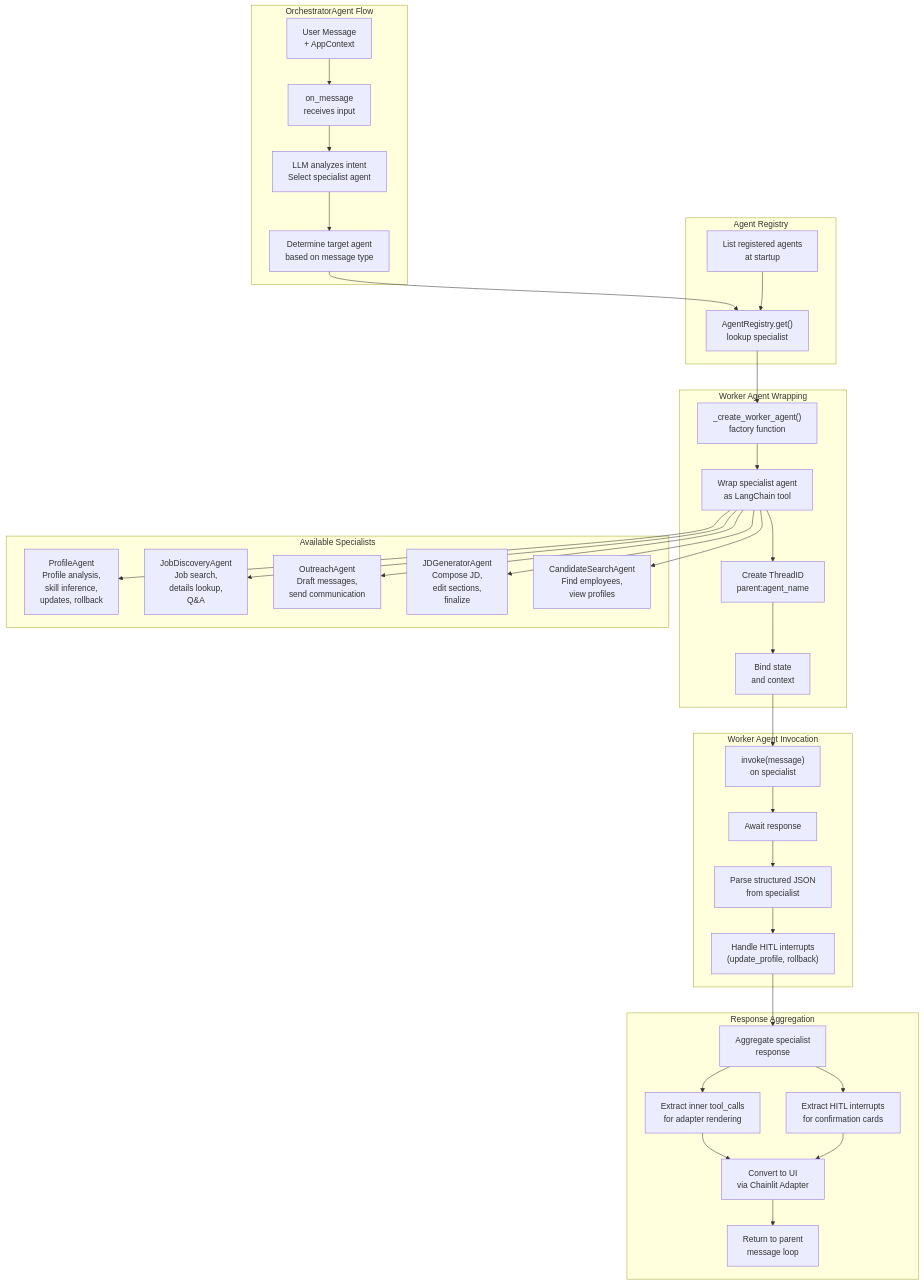
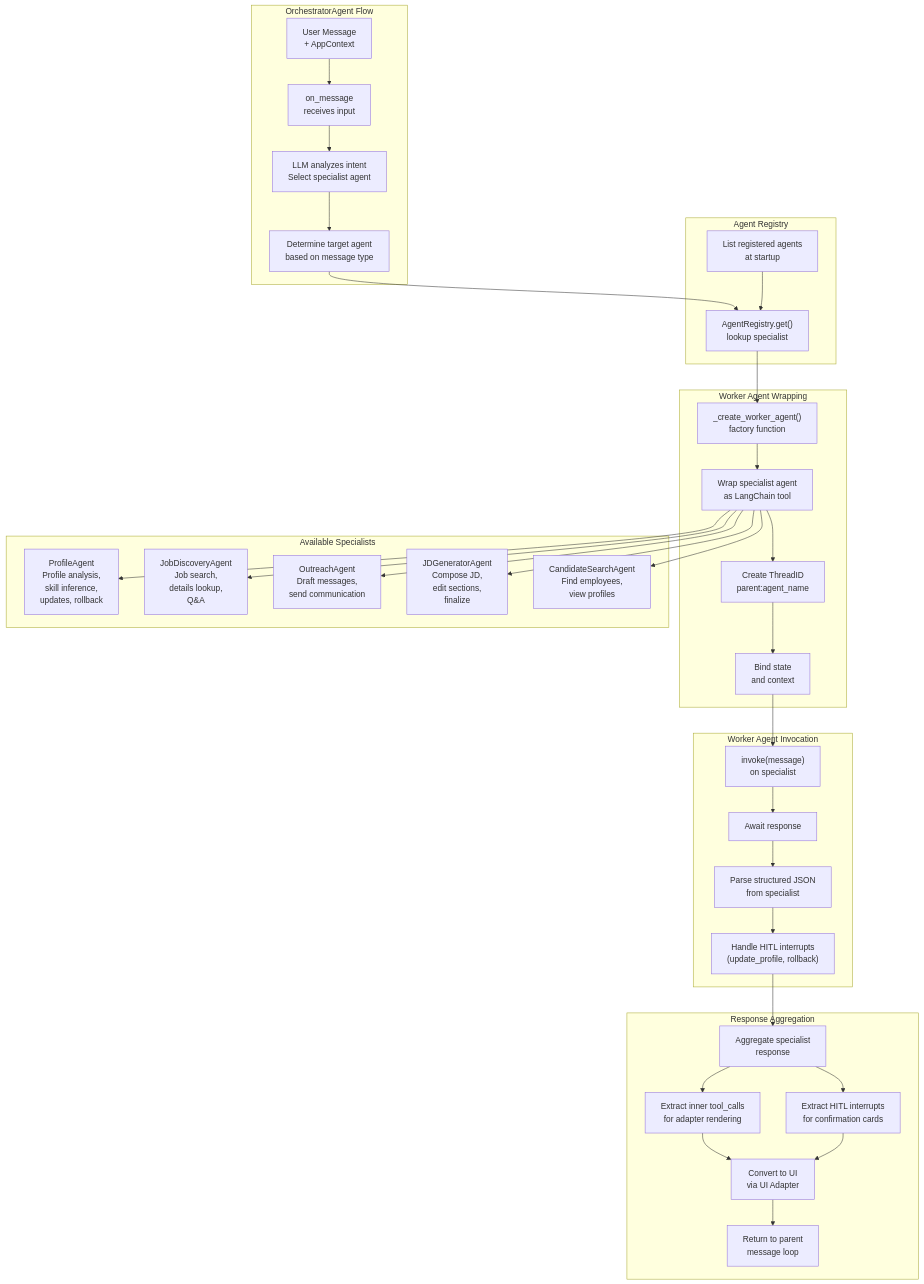
Before and after one commit to savipk/autochat: the first of 5 diagrams in docs/architecture/04-orchestrator-pattern.md, drawn with Mermaid. The commit also changed 14 other files, not shown here.

````diff
--- a/docs/architecture/04-orchestrator-pattern.md
+++ b/docs/architecture/04-orchestrator-pattern.md
@@ -7,73 +7,73 @@
 ```mermaid
 graph TB
     subgraph OrchestratorFlow["OrchestratorAgent Flow"]
         Input["User Message<br/>+ AppContext"]
         Receive["on_message<br/>receives input"]
         LLMAnalyze["LLM analyzes intent<br/>Select specialist agent"]
         SelectAgent["Determine target agent<br/>based on message type"]
     end
 
     subgraph WorkerAgentWrapper["Worker Agent Wrapping"]
         CreateWrapper["_create_worker_agent()<br/>factory function"]
         ConfigAgent["Wrap specialist agent<br/>as LangChain tool"]
         ThreadID["Create ThreadID<br/>parent:agent_name"]
         StateBinding["Bind state<br/>and context"]
     end
 
     subgraph Invocation["Worker Agent Invocation"]
         InvokeWorkerAgent["invoke(message)<br/>on specialist"]
         AwaitResult["Await response"]
         ParseJSON["Parse structured JSON<br/>from specialist"]
         HandleHITL["Handle HITL interrupts<br/>(update_profile, rollback)"]
     end
 
     subgraph Specialists["Available Specialists"]
         ProfileAgent["ProfileAgent<br/>Profile analysis,<br/>skill inference,<br/>updates, rollback"]
         JobAgent["JobDiscoveryAgent<br/>Job search,<br/>details lookup,<br/>Q&A"]
         OutreachAgent["OutreachAgent<br/>Draft messages,<br/>send communication"]
         JDAgent["JDGeneratorAgent<br/>Compose JD,<br/>edit sections,<br/>finalize"]
         CandidateAgent["CandidateSearchAgent<br/>Find employees,<br/>view profiles"]
     end
 
     subgraph Response["Response Aggregation"]
         AggResult["Aggregate specialist<br/>response"]
         ExtractToolCalls["Extract inner tool_calls<br/>for adapter rendering"]
         ExtractInterrupts["Extract HITL interrupts<br/>for confirmation cards"]
-        ConvertUI["Convert to UI<br/>via Chainlit Adapter"]
+        ConvertUI["Convert to UI<br/>via UI Adapter"]
         ReturnOrch["Return to parent<br/>message loop"]
     end
 
     subgraph Registry["Agent Registry"]
         RegFetch["AgentRegistry.get()<br/>lookup specialist"]
         RegList["List registered agents<br/>at startup"]
     end
 
     Input --> Receive
     Receive --> LLMAnalyze
     LLMAnalyze --> SelectAgent
     SelectAgent --> RegFetch
     RegFetch --> CreateWrapper
 
     CreateWrapper --> ConfigAgent
     ConfigAgent --> ThreadID
     ThreadID --> StateBinding
 
     StateBinding --> InvokeWorkerAgent
     InvokeWorkerAgent --> AwaitResult
     AwaitResult --> ParseJSON
     ParseJSON --> HandleHITL
 
     HandleHITL --> AggResult
     AggResult --> ExtractToolCalls
     AggResult --> ExtractInterrupts
     ExtractToolCalls --> ConvertUI
     ExtractInterrupts --> ConvertUI
     ConvertUI --> ReturnOrch
 
     RegList --> RegFetch
     ConfigAgent --> ProfileAgent
     ConfigAgent --> JobAgent
     ConfigAgent --> OutreachAgent
     ConfigAgent --> JDAgent
     ConfigAgent --> CandidateAgent
 ```
````
